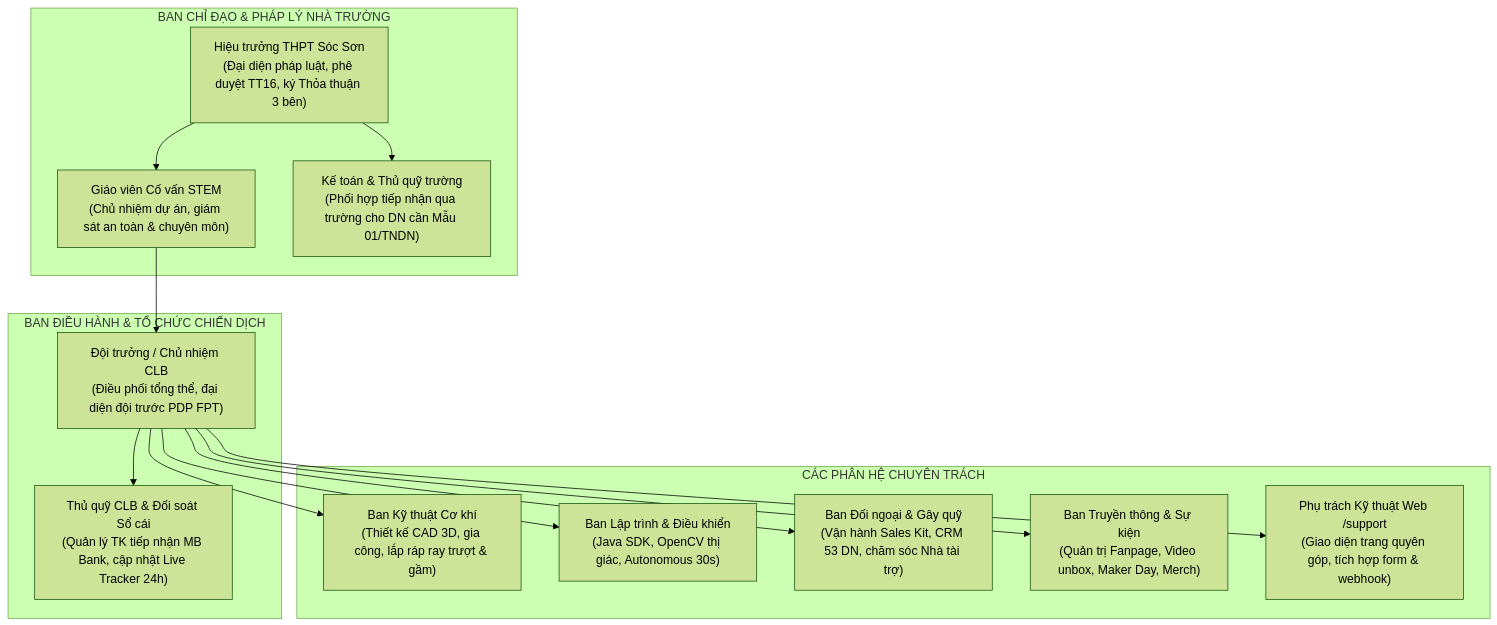
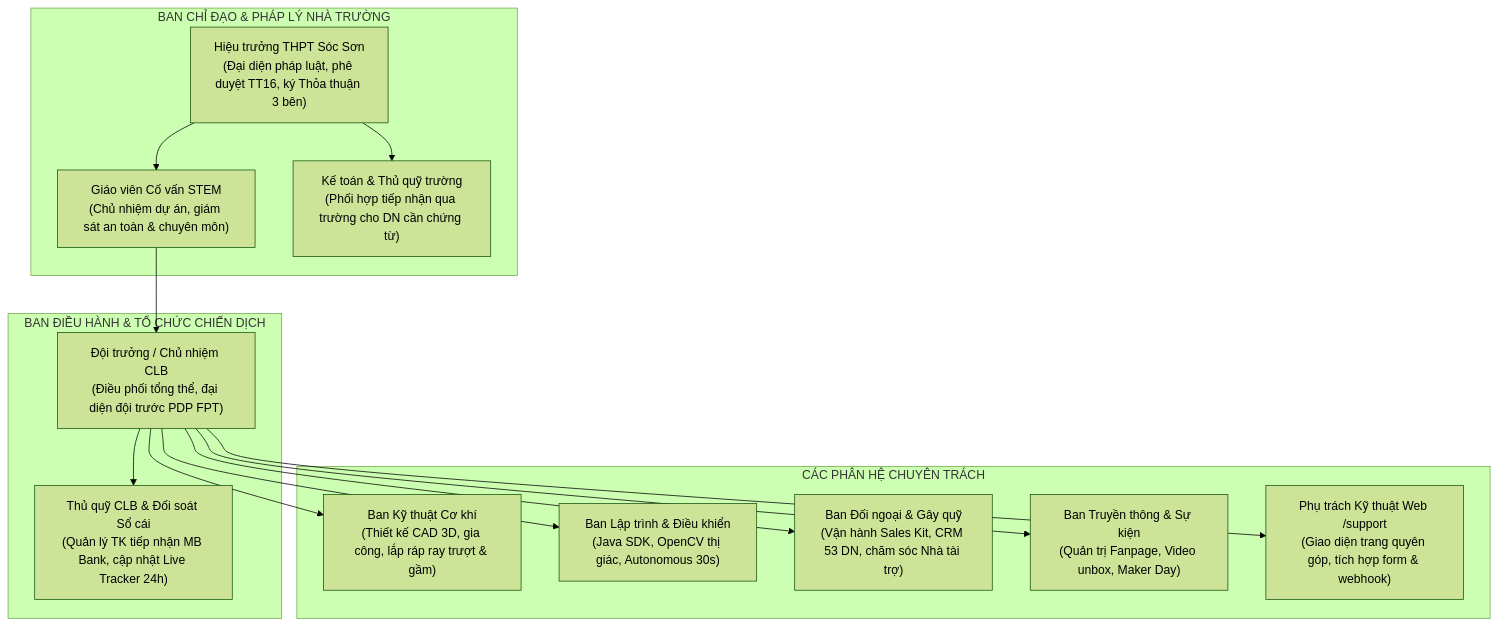
Before and after one commit to Minhmice/roboticssocson: the diagram in docs/campaign-2026-2027/14-phan-cong-nhan-su.md, drawn with Mermaid (forest theme). The commit also changed other lines of this file and 304 other files, not shown here.

````diff
--- a/docs/campaign-2026-2027/14-phan-cong-nhan-su.md
+++ b/docs/campaign-2026-2027/14-phan-cong-nhan-su.md
@@ -7,31 +9,31 @@
 ```mermaid
 graph TD
     subgraph BAN_CHỈ_ĐẠO_NHÀ_TRƯỜNG["BAN CHỈ ĐẠO & PHÁP LÝ NHÀ TRƯỜNG"]
         H1["Hiệu trưởng THPT Sóc Sơn<br>(Đại diện pháp luật, phê duyệt TT16, ký Thỏa thuận 3 bên)"]
         H2["Giáo viên Cố vấn STEM<br>(Chủ nhiệm dự án, giám sát an toàn & chuyên môn)"]
-        H3["Kế toán & Thủ quỹ trường<br>(Phối hợp tiếp nhận qua trường cho DN cần Mẫu 01/TNDN)"]
+        H3["Kế toán & Thủ quỹ trường<br>(Phối hợp tiếp nhận qua trường cho DN cần chứng từ)"]
     end
 
     subgraph BAN_ĐIỀU_HÀNH_CLB["BAN ĐIỀU HÀNH & TỔ CHỨC CHIẾN DỊCH"]
         S1["Đội trưởng / Chủ nhiệm CLB<br>(Điều phối tổng thể, đại diện đội trước PDP FPT)"]
         S2["Thủ quỹ CLB & Đối soát Sổ cái<br>(Quản lý TK tiếp nhận MB Bank, cập nhật Live Tracker 24h)"]
     end
 
     subgraph CÁC_BAN_CHUYÊN_TRÁCH["CÁC PHÂN HỆ CHUYÊN TRÁCH"]
         B1["Ban Kỹ thuật Cơ khí<br>(Thiết kế CAD 3D, gia công, lắp ráp ray trượt & gầm)"]
         B2["Ban Lập trình & Điều khiển<br>(Java SDK, OpenCV thị giác, Autonomous 30s)"]
         B3["Ban Đối ngoại & Gây quỹ<br>(Vận hành Sales Kit, CRM 53 DN, chăm sóc Nhà tài trợ)"]
-        B4["Ban Truyền thông & Sự kiện<br>(Quản trị Fanpage, Video unbox, Maker Day, Merch)"]
+        B4["Ban Truyền thông & Sự kiện<br>(Quản trị Fanpage, Video unbox, Maker Day)"]
         B5["Phụ trách Kỹ thuật Web /support<br>(Giao diện trang quyên góp, tích hợp form & webhook)"]
     end
 
     H1 --> H2
     H1 --> H3
     H2 --> S1
     S1 --> S2
     S1 --> B1
     S1 --> B2
     S1 --> B3
     S1 --> B4
     S1 --> B5
 ```
````
